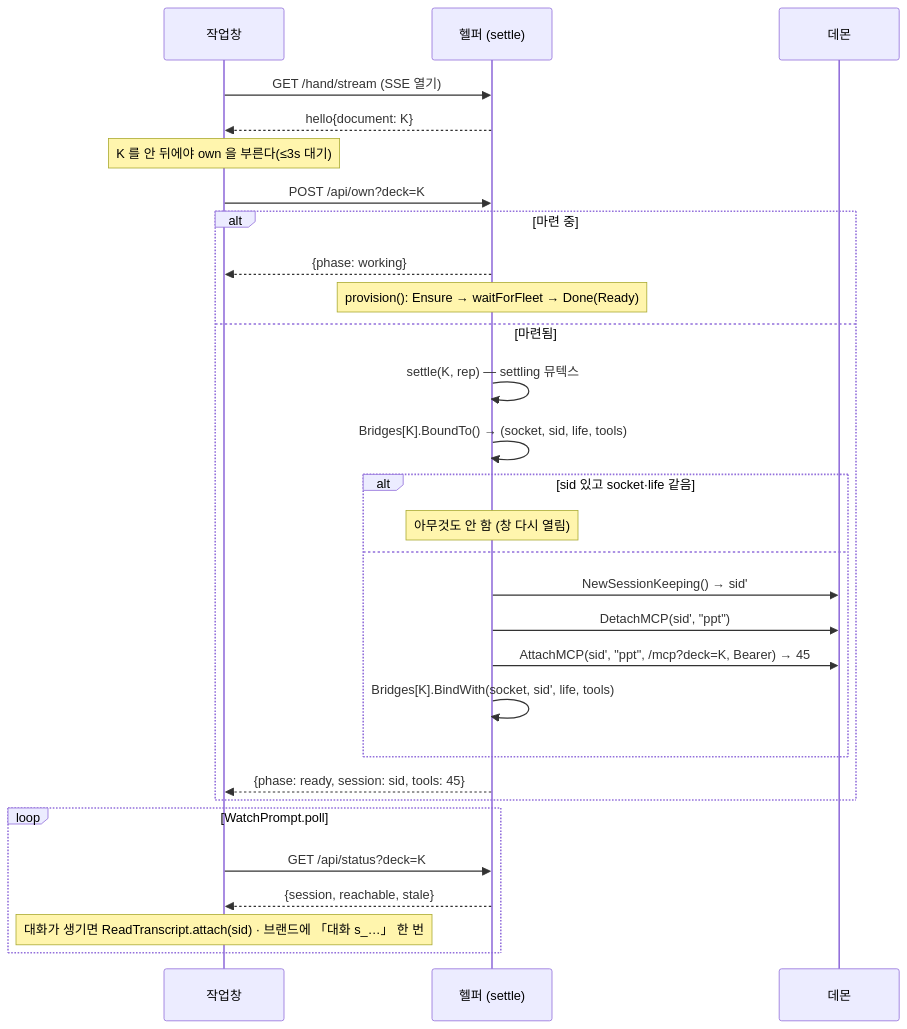
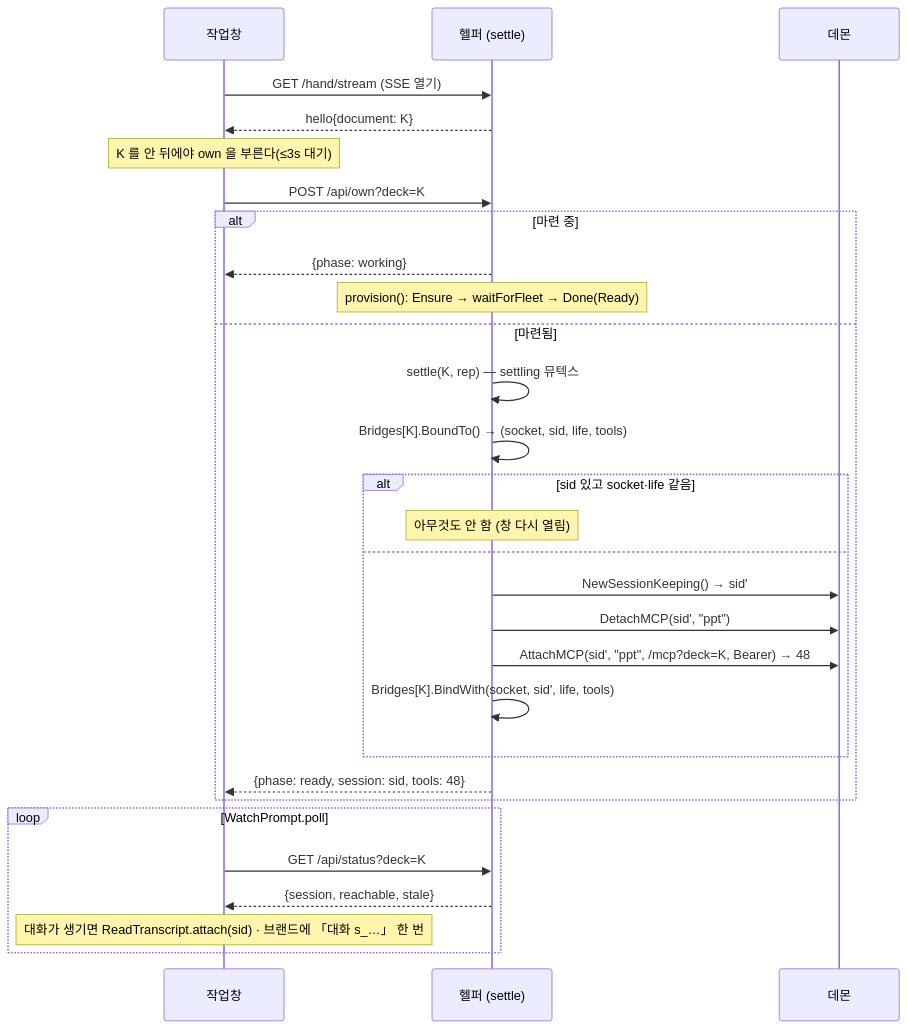
The third of 7 diagrams in clients/powerpoint/docs/DIAGRAMS.ko.md (sayaya1090/magi), drawn with Mermaid before and after one commit. The commit also changed other lines of this file and 12 other files, not shown here.

````diff
--- a/clients/powerpoint/docs/DIAGRAMS.ko.md
+++ b/clients/powerpoint/docs/DIAGRAMS.ko.md
@@ -86,31 +86,31 @@
 ```mermaid
 sequenceDiagram
   participant P as 작업창
   participant H as 헬퍼 (settle)
   participant D as 데몬
   P->>H: GET /hand/stream (SSE 열기)
   H-->>P: hello{document: K}
   Note over P: K 를 안 뒤에야 own 을 부른다(≤3s 대기)
   P->>H: POST /api/own?deck=K
   alt 마련 중
     H-->>P: {phase: working}
     Note over H: provision(): Ensure → waitForFleet → Done(Ready)
   else 마련됨
     H->>H: settle(K, rep) — settling 뮤텍스
     H->>H: Bridges[K].BoundTo() → (socket, sid, life, tools)
     alt sid 있고 socket·life 같음
       Note over H: 아무것도 안 함 (창 다시 열림)
     else
       H->>D: NewSessionKeeping() → sid'
       H->>D: DetachMCP(sid', "ppt")
-      H->>D: AttachMCP(sid', "ppt", /mcp?deck=K, Bearer) → 45
+      H->>D: AttachMCP(sid', "ppt", /mcp?deck=K, Bearer) → 48
       H->>H: Bridges[K].BindWith(socket, sid', life, tools)
     end
-    H-->>P: {phase: ready, session: sid, tools: 45}
+    H-->>P: {phase: ready, session: sid, tools: 48}
   end
   loop WatchPrompt.poll
     P->>H: GET /api/status?deck=K
     H-->>P: {session, reachable, stale}
     Note over P: 대화가 생기면 ReadTranscript.attach(sid) · 브랜드에 「대화 s_…」 한 번
   end
 ```
````
